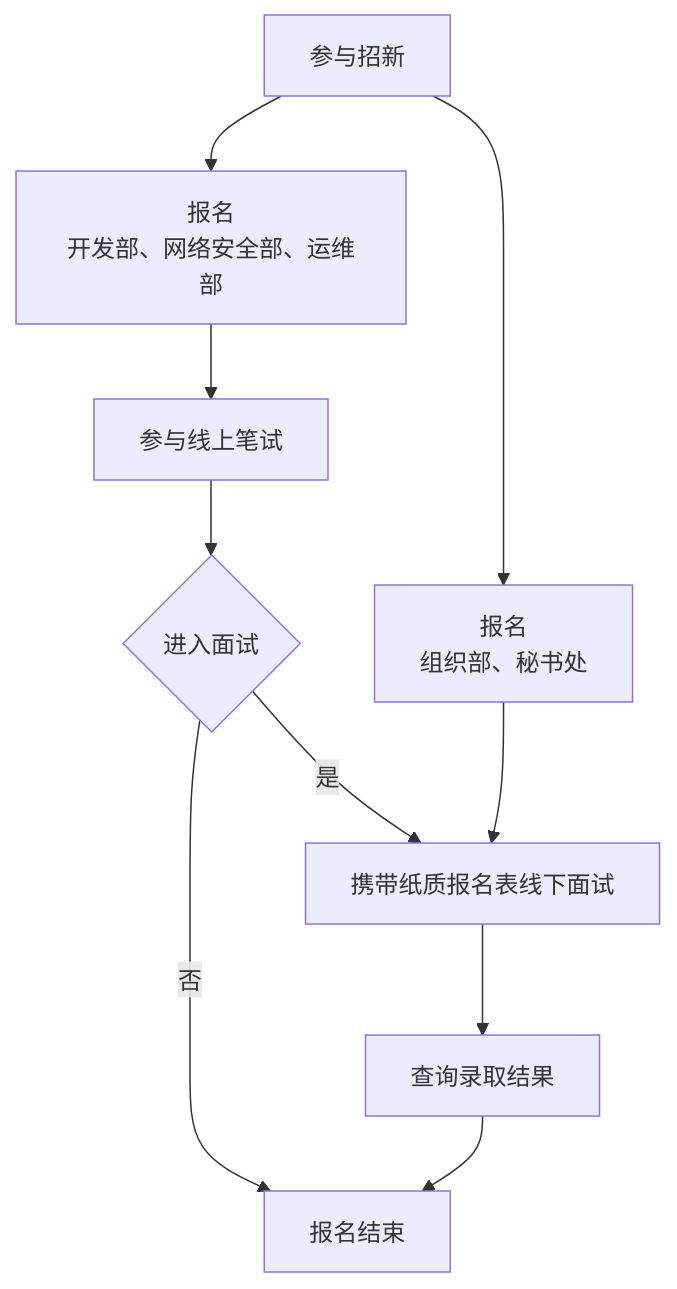
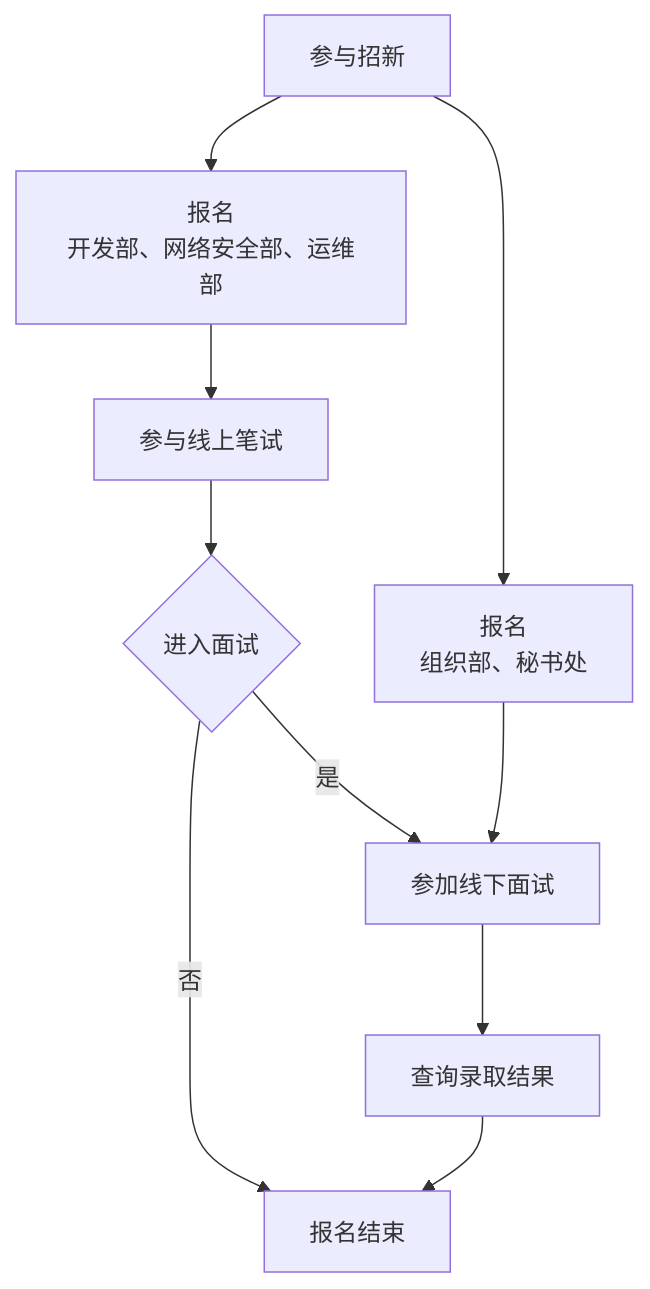
The diagram in docs/join-us/how-to.md (liugu2023/yuna.team-2025), drawn with Mermaid before and after one commit. The commit also changed other lines of this file and 5 other files, not shown here.

````diff
--- a/docs/join-us/how-to.md
+++ b/docs/join-us/how-to.md
@@ -13,12 +13,12 @@
 ```mermaid
 graph TD
     A[参与招新] --> B[报名<br>开发部、网络安全部、运维部]
     A --> C[报名<br>组织部、秘书处]
     B --> D[参与线上笔试]
     D --> E{进入面试}
-    E -->|是| F[携带纸质报名表线下面试]
+    E -->|是| F[参加线下面试]
     E -->|否| G[报名结束]
     F --> H[查询录取结果]
     H --> G
     C --> F
 ```
````
